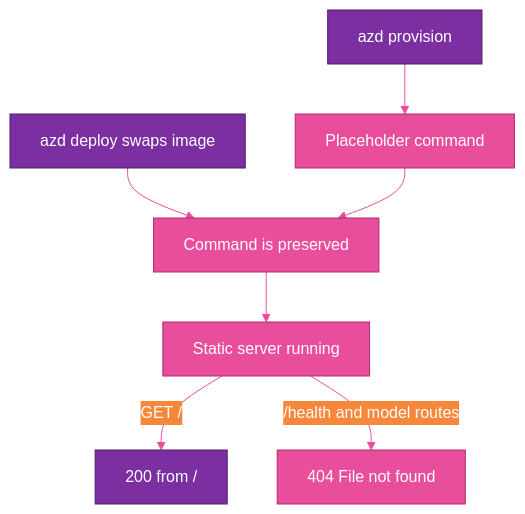
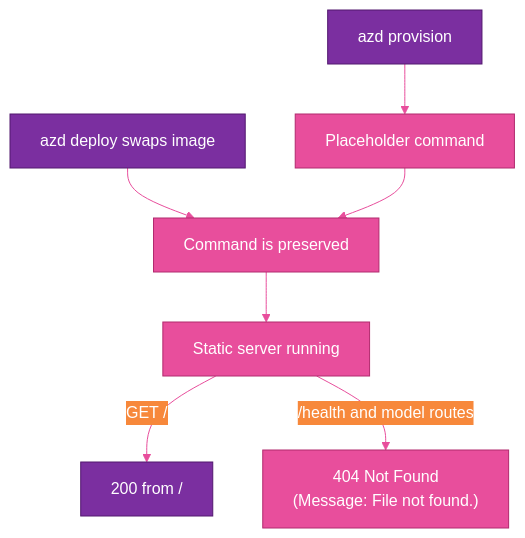
One commit to dfberry/dfberry.github.io changed the ninth of 12 diagrams in website/blog/2026-07-07-surprises-self-hosting-image-model.md. Above: the diagram before and after it, drawn with Mermaid. The commit also changed other lines of this file, not shown here.

Commit message:
Apply Learn/fact-check corrections: 404 fingerprint, model size, VAE API, ACA command caveat, Dedicated profile

````diff
--- a/website/blog/2026-07-07-surprises-self-hosting-image-model.md
+++ b/website/blog/2026-07-07-surprises-self-hosting-image-model.md
@@ -285,16 +287,16 @@
 ```mermaid
 %%{init: {'theme':'base', 'themeVariables': {'primaryColor':'#7B2FA0','primaryTextColor':'#FFFFFF','primaryBorderColor':'#52186F','lineColor':'#E84E9C','edgeLabelBackground':'#F7883B','fontFamily':'inherit'}}}%%
 flowchart TD
     Provision["azd provision"] --> Placeholder["Placeholder command"]
     Deploy["azd deploy swaps image"] --> Preserve["Command is preserved"]
     Placeholder --> Preserve
     Preserve --> Static["Static server running"]
     Static -- "GET /" --> Root["200 from /"]
-    Static -- "/health and model routes" --> Missing["404 File not found"]
+    Static -- "/health and model routes" --> Missing["404 Not Found<br/>(Message: File not found.)"]
 
     classDef purple fill:#7B2FA0,stroke:#52186F,color:#FFFFFF;
     classDef pink fill:#E84E9C,stroke:#B12A6E,color:#FFFFFF;
     classDef orange fill:#F7883B,stroke:#C25E15,color:#FFFFFF;
     class Provision,Deploy,Root purple;
     class Placeholder,Preserve,Static,Missing pink;
 ```
````
